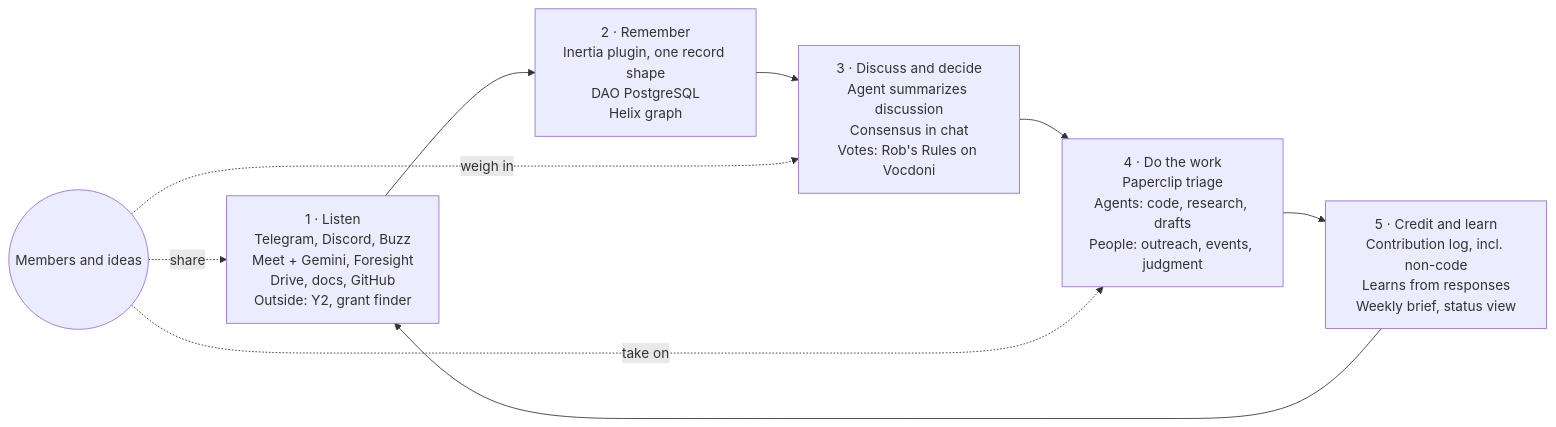
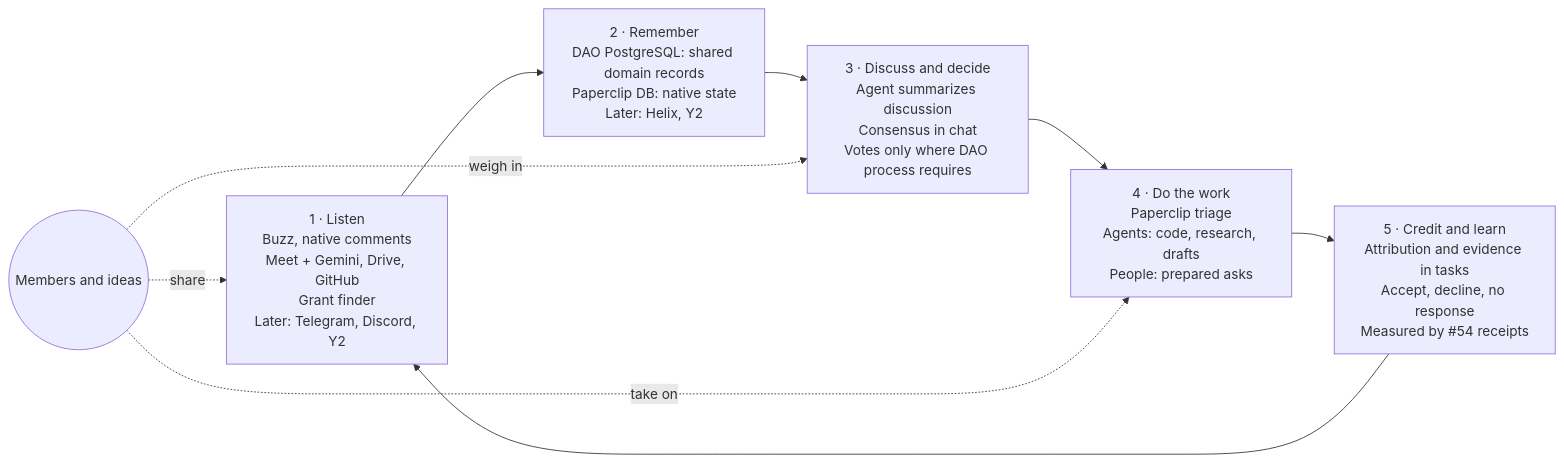
Before and after one commit to NetRxn/Inertia: the diagram in docs/proposals/2026-10-24-member-centered-loop.md, drawn with Mermaid. The commit also changed other lines of this file, not shown here.

````diff
--- a/docs/proposals/2026-10-24-member-centered-loop.md
+++ b/docs/proposals/2026-10-24-member-centered-loop.md
@@ -18,13 +27,13 @@
 ```mermaid
 flowchart LR
   M((Members and ideas))
-  L["1 · Listen<br/>Telegram, Discord, Buzz<br/>Meet + Gemini, Foresight<br/>Drive, docs, GitHub<br/>Outside: Y2, grant finder"]
-  R["2 · Remember<br/>Inertia plugin, one record shape<br/>DAO PostgreSQL<br/>Helix graph"]
-  D["3 · Discuss and decide<br/>Agent summarizes discussion<br/>Consensus in chat<br/>Votes: Rob's Rules on Vocdoni"]
-  W["4 · Do the work<br/>Paperclip triage<br/>Agents: code, research, drafts<br/>People: outreach, events, judgment"]
-  C["5 · Credit and learn<br/>Contribution log, incl. non-code<br/>Learns from responses<br/>Weekly brief, status view"]
+  L["1 · Listen<br/>Buzz, native comments<br/>Meet + Gemini, Drive, GitHub<br/>Grant finder<br/>Later: Telegram, Discord, Y2"]
+  R["2 · Remember<br/>DAO PostgreSQL: shared domain records<br/>Paperclip DB: native state<br/>Later: Helix, Y2"]
+  D["3 · Discuss and decide<br/>Agent summarizes discussion<br/>Consensus in chat<br/>Votes only where DAO process requires"]
+  W["4 · Do the work<br/>Paperclip triage<br/>Agents: code, research, drafts<br/>People: prepared asks"]
+  C["5 · Credit and learn<br/>Attribution and evidence in tasks<br/>Accept, decline, no response<br/>Measured by #54 receipts"]
   L --> R --> D --> W --> C --> L
   M -. share .-> L
   M -. weigh in .-> D
   M -. take on .-> W
 ```
````
